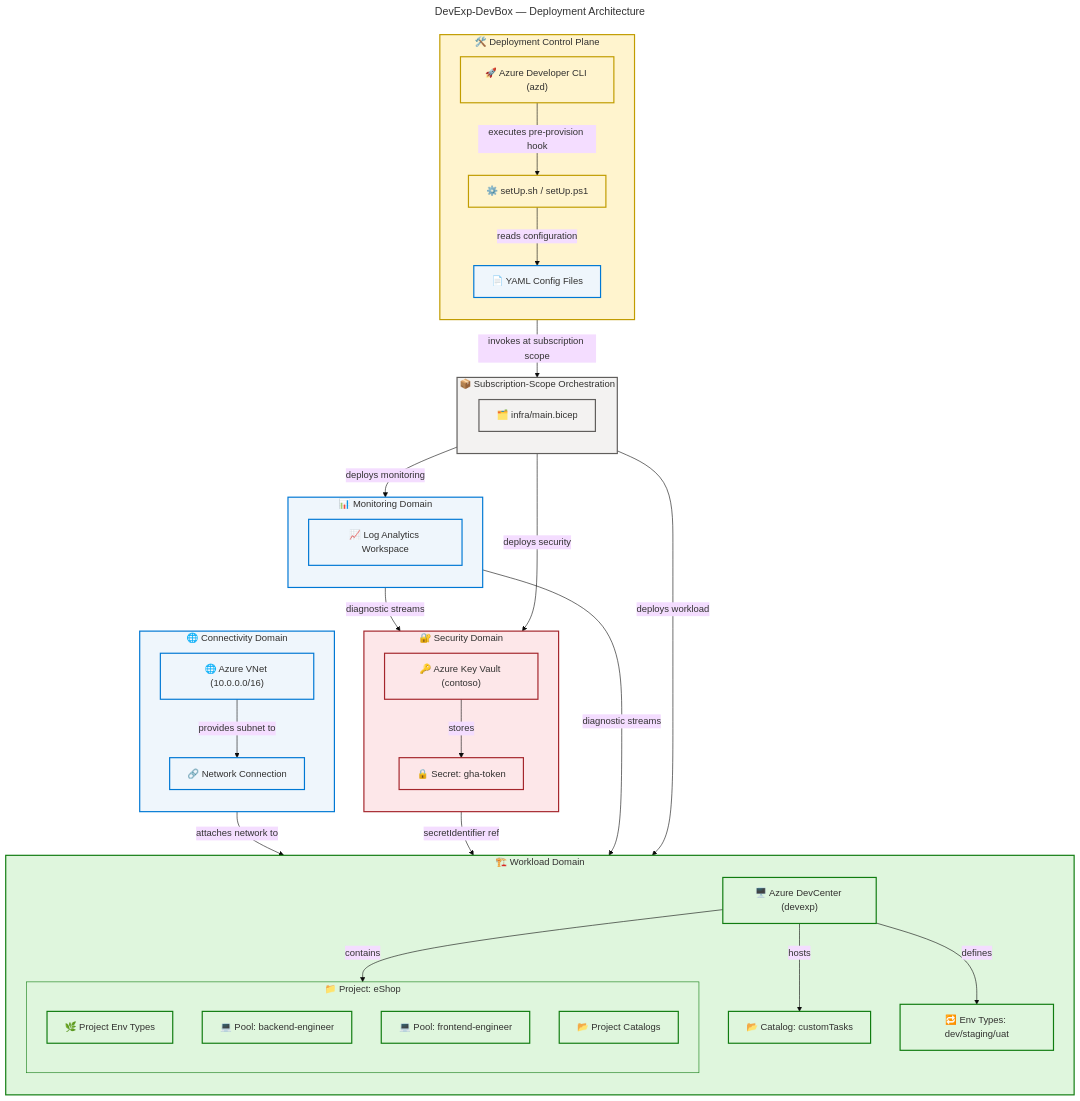
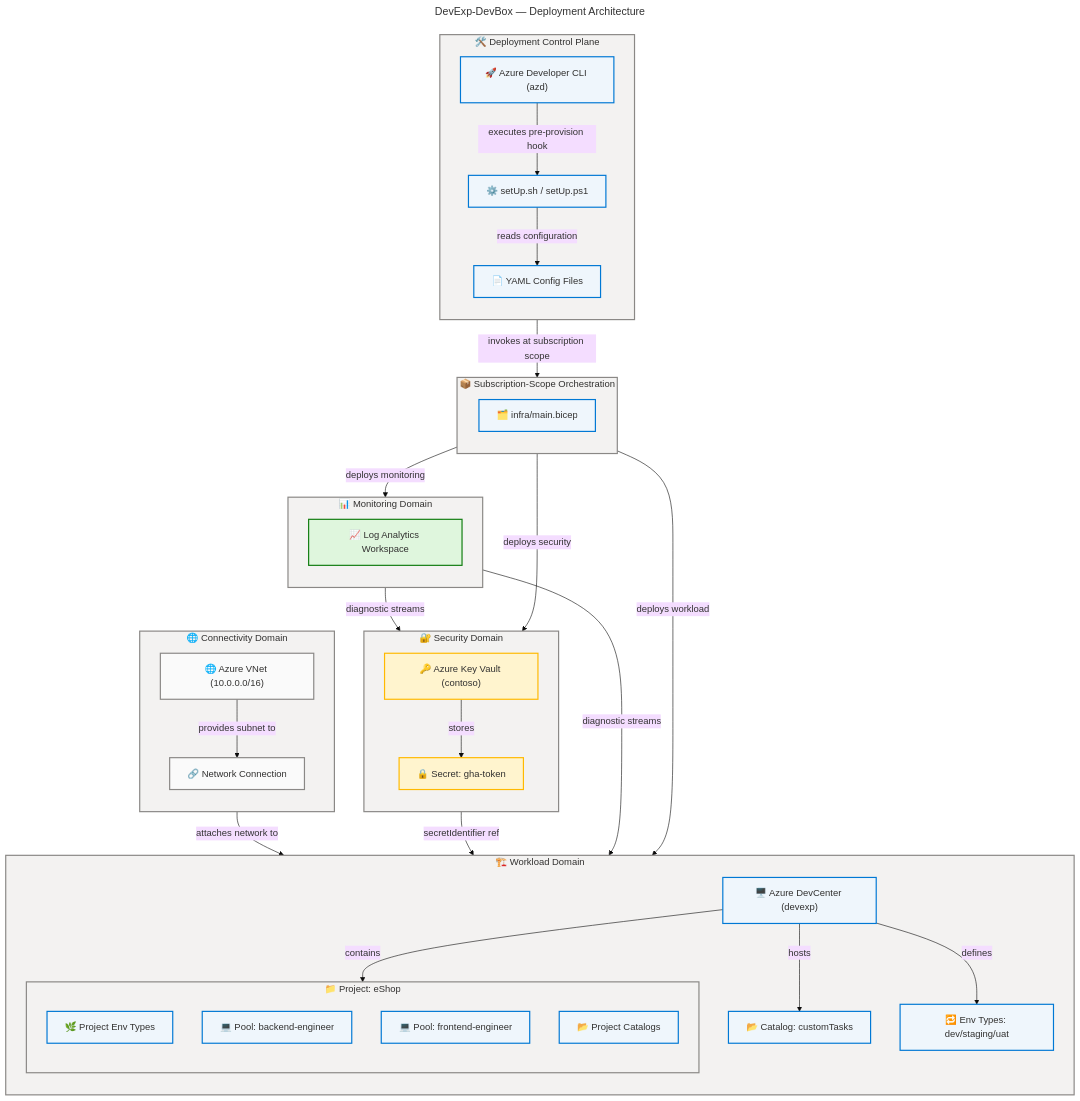
Before and after one commit to Evilazaro/DevExp-DevBox: the diagram in README.md, drawn with Mermaid. The commit also changed other lines of this file, not shown here.

Commit message:
Refactor architecture diagram styles for improved clarity, consistency, and accessibility compliance

````diff
--- a/README.md
+++ b/README.md
@@ -400,12 +400,14 @@
   theme: base
   look: classic
   layout: dagre
+  themeVariables:
+    fontSize: '16px'
   flowchart:
     htmlLabels: true
 ---
 flowchart TB
     accTitle: DevExp-DevBox Deployment Architecture
-    accDescr: Deployment flow from azd CLI control plane through infra/main.bicep subscription-scope orchestration to three domain modules — Log Analytics monitoring, Key Vault security, and DevCenter workload — including project-level resources, Dev Box pools, network connections, and catalog sync. WCAG AA compliant.
+    accDescr: Deployment flow from azd CLI control plane through infra/main.bicep subscription-scope orchestration to three domain modules — Log Analytics monitoring, Key Vault security, and DevCenter workload — including project-level resources, Dev Box pools, network connections, and catalog sync. AZD=core, SETUP=core, YAML=core, MAIN=core, LAW=success, KV=warning, SECRET=warning, DC=core, CAT=core, ENV=core, PENV=core, POOL1=core, POOL2=core, PCAT=core, VNET=neutral, NC=neutral. WCAG AA compliant.
 
     %% ═══════════════════════════════════════════════════════════════════════════
     %% AZURE / FLUENT ARCHITECTURE PATTERN v2.0
@@ -420,27 +422,27 @@
 
     subgraph CTL["🛠️ Deployment Control Plane"]
         direction TB
-        AZD["🚀 Azure Developer CLI (azd)"]:::tooling
-        SETUP["⚙️ setUp.sh / setUp.ps1"]:::tooling
-        YAML["📄 YAML Config Files"]:::data
+        AZD["🚀 Azure Developer CLI (azd)"]:::core
+        SETUP["⚙️ setUp.sh / setUp.ps1"]:::core
+        YAML["📄 YAML Config Files"]:::core
         AZD -->|"executes pre-provision hook"| SETUP
         SETUP -->|"reads configuration"| YAML
     end
 
     subgraph ORCH["📦 Subscription-Scope Orchestration"]
         direction TB
-        MAIN["🗂️ infra/main.bicep"]:::iac
+        MAIN["🗂️ infra/main.bicep"]:::core
     end
 
     subgraph MON["📊 Monitoring Domain"]
         direction TB
-        LAW["📈 Log Analytics Workspace"]:::monitor
+        LAW["📈 Log Analytics Workspace"]:::success
     end
 
     subgraph SEC["🔐 Security Domain"]
         direction TB
-        KV["🔑 Azure Key Vault (contoso)"]:::security
-        SECRET["🔒 Secret: gha-token"]:::security
+        KV["🔑 Azure Key Vault (contoso)"]:::warning
+        SECRET["🔒 Secret: gha-token"]:::warning
         KV -->|"stores"| SECRET
     end
 
@@ -452,10 +454,10 @@
 
         subgraph PROJ["📁 Project: eShop"]
             direction TB
-            PENV["🌿 Project Env Types"]:::app
-            POOL1["💻 Pool: backend-engineer"]:::app
-            POOL2["💻 Pool: frontend-engineer"]:::app
-            PCAT["📂 Project Catalogs"]:::app
+            PENV["🌿 Project Env Types"]:::core
+            POOL1["💻 Pool: backend-engineer"]:::core
+            POOL2["💻 Pool: frontend-engineer"]:::core
+            PCAT["📂 Project Catalogs"]:::core
         end
 
         DC -->|"hosts"| CAT
@@ -465,8 +467,8 @@
 
     subgraph NET["🌐 Connectivity Domain"]
         direction TB
-        VNET["🌐 Azure VNet (10.0.0.0/16)"]:::network
-        NC["🔗 Network Connection"]:::network
+        VNET["🌐 Azure VNet (10.0.0.0/16)"]:::neutral
+        NC["🔗 Network Connection"]:::neutral
         VNET -->|"provides subnet to"| NC
     end
 
@@ -479,21 +481,16 @@
     SECRET -->|"secretIdentifier ref"| DC
     NC -->|"attaches network to"| DC
 
-    style CTL fill:#FFF4CE,stroke:#C19C00,stroke-width:2px,color:#323130
-    style ORCH fill:#F3F2F1,stroke:#605E5C,stroke-width:2px,color:#323130
-    style MON fill:#EFF6FC,stroke:#0078D4,stroke-width:2px,color:#323130
-    style SEC fill:#FDE7E9,stroke:#A4262C,stroke-width:2px,color:#323130
-    style WRK fill:#DFF6DD,stroke:#107C10,stroke-width:2px,color:#323130
-    style PROJ fill:#DFF6DD,stroke:#107C10,stroke-width:1px,color:#323130
-    style NET fill:#EFF6FC,stroke:#0078D4,stroke-width:2px,color:#323130
+    style CTL fill:#F3F2F1,stroke:#8A8886,stroke-width:2px,color:#323130
+    style ORCH fill:#F3F2F1,stroke:#8A8886,stroke-width:2px,color:#323130
+    style MON fill:#F3F2F1,stroke:#8A8886,stroke-width:2px,color:#323130
+    style SEC fill:#F3F2F1,stroke:#8A8886,stroke-width:2px,color:#323130
+    style WRK fill:#F3F2F1,stroke:#8A8886,stroke-width:2px,color:#323130
+    style PROJ fill:#F3F2F1,stroke:#8A8886,stroke-width:2px,color:#323130
+    style NET fill:#F3F2F1,stroke:#8A8886,stroke-width:2px,color:#323130
 
-    classDef tooling fill:#FFF4CE,stroke:#C19C00,stroke-width:2px,color:#323130
-    classDef iac fill:#F3F2F1,stroke:#605E5C,stroke-width:2px,color:#323130
-    classDef data fill:#EFF6FC,stroke:#0078D4,stroke-width:2px,color:#323130
-    classDef monitor fill:#EFF6FC,stroke:#0078D4,stroke-width:2px,color:#323130
-    classDef security fill:#FDE7E9,stroke:#A4262C,stroke-width:2px,color:#323130
-    classDef core fill:#DFF6DD,stroke:#107C10,stroke-width:2px,color:#323130
-    classDef app fill:#DFF6DD,stroke:#107C10,stroke-width:2px,color:#323130
-    classDef network fill:#EFF6FC,stroke:#0078D4,stroke-width:2px,color:#323130
-    classDef neutral fill:#FAFAFA,stroke:#8A8886,stroke-width:2px,color:#323130
+    classDef neutral  fill:#FAFAFA,stroke:#8A8886,stroke-width:2px,color:#323130
+    classDef core     fill:#EFF6FC,stroke:#0078D4,stroke-width:2px,color:#323130
+    classDef success  fill:#DFF6DD,stroke:#107C10,stroke-width:2px,color:#323130
+    classDef warning  fill:#FFF4CE,stroke:#FFB900,stroke-width:2px,color:#323130
 ```
````
